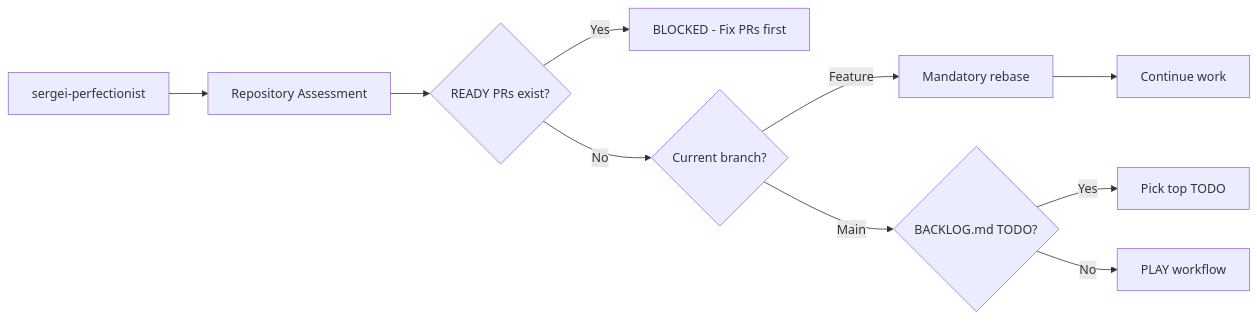
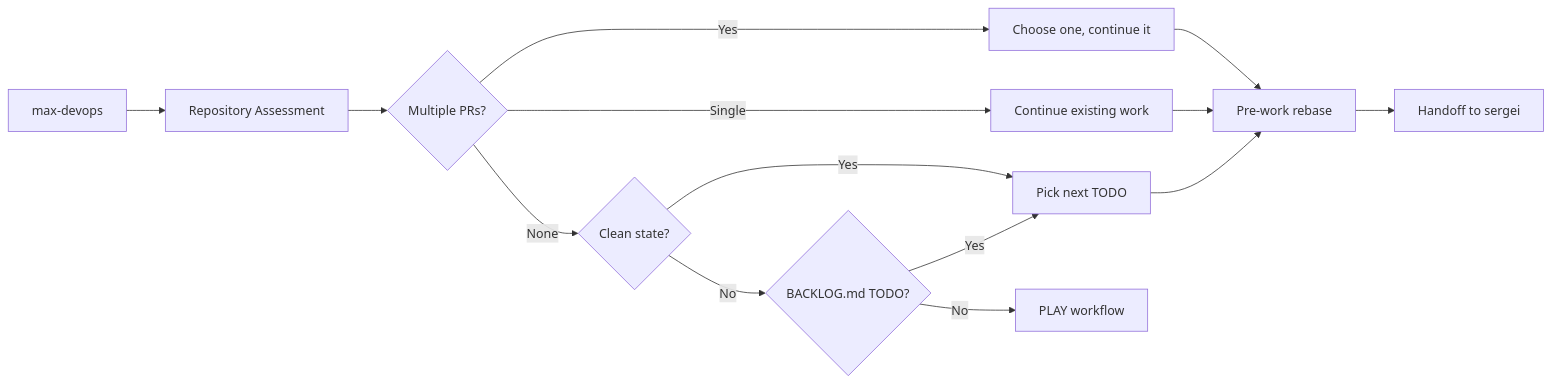
One commit to krystophny/prompts changed the second of 2 diagrams in README.md. Above: the diagram before and after it, drawn with Mermaid. The commit also changed other lines of this file and 4 other files, not shown here.

First line of the commit message:
refactor: implement max-first WORK workflow with forensic analysis and infinite review cycles

````diff
--- a/README.md
+++ b/README.md
@@ -119,11 +129,16 @@
 ```mermaid
 graph LR
-    START[sergei-perfectionist] --> ASSESS[Repository Assessment]
-    ASSESS --> PR{READY PRs exist?}
-    PR -->|Yes| BLOCK[BLOCKED - Fix PRs first]
-    PR -->|No| BR{Current branch?}
-    BR -->|Feature| REBASE[Mandatory rebase] --> CONT[Continue work]
-    BR -->|Main| BL{BACKLOG.md TODO?}
-    BL -->|Yes| WORK[Pick top TODO]
+    START[max-devops] --> ASSESS[Repository Assessment]
+    ASSESS --> PR{Multiple PRs?}
+    PR -->|Yes| CHOOSE[Choose one, continue it]
+    PR -->|Single| CONT[Continue existing work]
+    PR -->|None| STATE{Clean state?}
+    STATE -->|Yes| TODO[Pick next TODO]
+    STATE -->|No| BL{BACKLOG.md TODO?}
+    BL -->|Yes| TODO
     BL -->|No| PLAY[PLAY workflow]
+    TODO --> PREP[Pre-work rebase]
+    CHOOSE --> PREP
+    CONT --> PREP
+    PREP --> SERGEI[Handoff to sergei]
 ```
````
